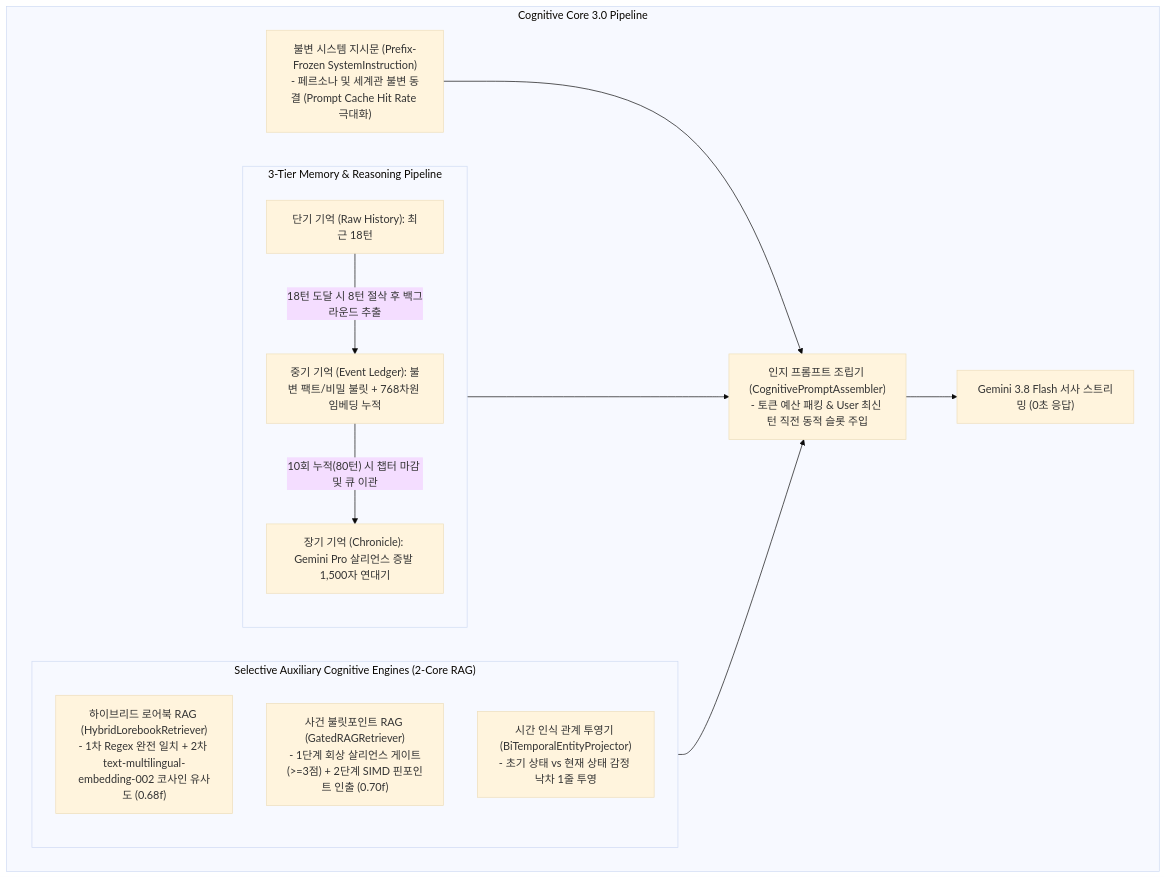
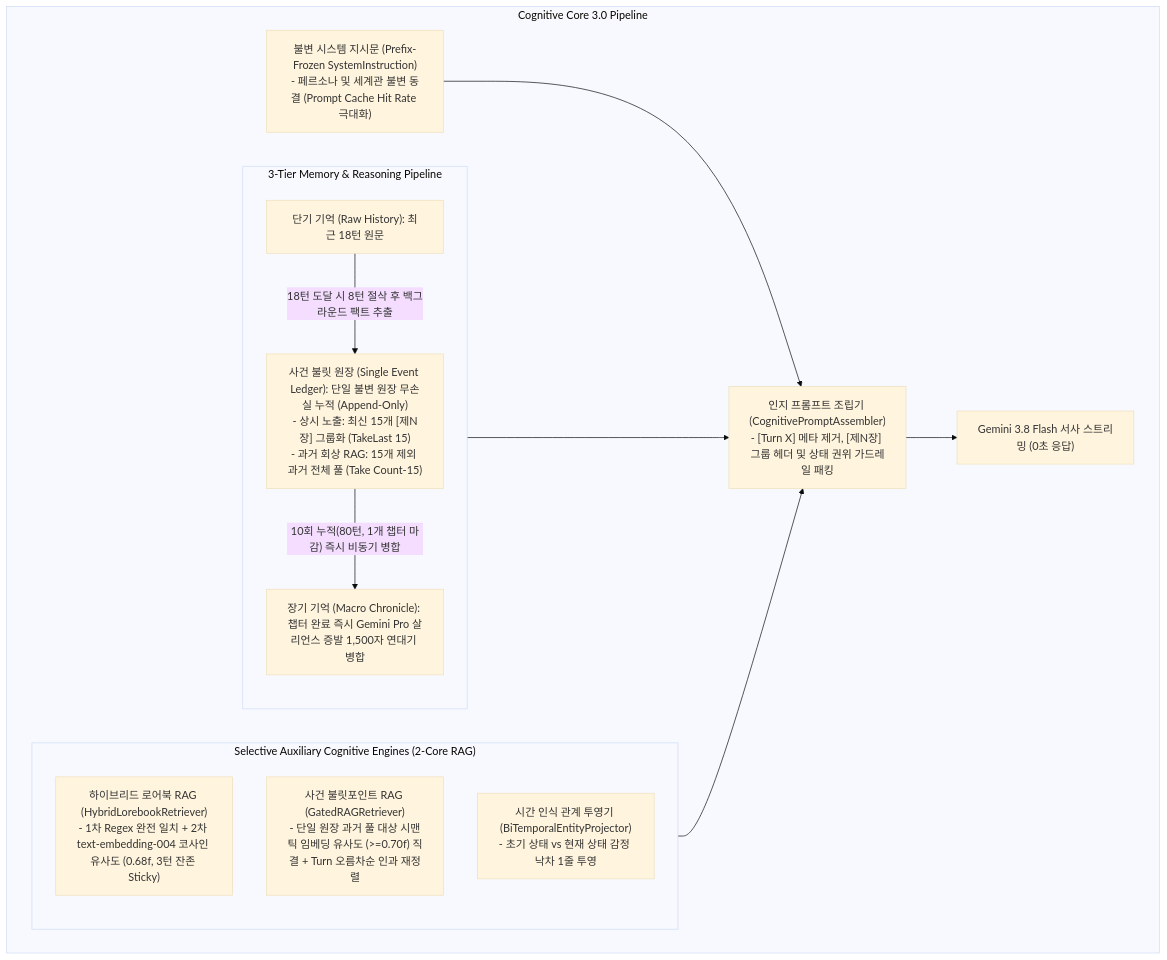
Before and after one commit to jin20203458/Obsidian.Agent: the first of 3 diagrams in GRC/docs/01_grc_architecture.md, drawn with Mermaid (base theme). The commit also changed other lines of this file and 2 other files, not shown here.

````diff
--- a/GRC/docs/01_grc_architecture.md
+++ b/GRC/docs/01_grc_architecture.md
@@ -27,28 +27,28 @@
 ```mermaid
 flowchart TB
     subgraph COGNITIVE_CORE ["Cognitive Core 3.0 Pipeline"]
         SYS["불변 시스템 지시문 (Prefix-Frozen SystemInstruction)<br>- 페르소나 및 세계관 불변 동결 (Prompt Cache Hit Rate 극대화)"]
         
         subgraph TIERS ["3-Tier Memory & Reasoning Pipeline"]
-            M1["단기 기억 (Raw History): 최근 18턴"]
-            M2["중기 기억 (Event Ledger): 불변 팩트/비밀 불릿 + 768차원 임베딩 누적"]
-            M3["장기 기억 (Chronicle): Gemini Pro 살리언스 증발 1,500자 연대기"]
+            M1["단기 기억 (Raw History): 최근 18턴 원문"]
+            M2["사건 불릿 원장 (Single Event Ledger): 단일 불변 원장 무손실 누적 (Append-Only)<br>- 상시 노출: 최신 15개 [제N장] 그룹화 (TakeLast 15)<br>- 과거 회상 RAG: 15개 제외 과거 전체 풀 (Take Count-15)"]
+            M3["장기 기억 (Macro Chronicle): 챕터 완료 즉시 Gemini Pro 살리언스 증발 1,500자 연대기 병합"]
             
-            M1 -->|"18턴 도달 시 8턴 절삭 후 백그라운드 추출"| M2
-            M2 -->|"10회 누적(80턴) 시 챕터 마감 및 큐 이관"| M3
+            M1 -->|"18턴 도달 시 8턴 절삭 후 백그라운드 팩트 추출"| M2
+            M2 -->|"10회 누적(80턴, 1개 챕터 마감) 즉시 비동기 병합"| M3
         end
         
         subgraph AUXILIARY ["Selective Auxiliary Cognitive Engines (2-Core RAG)"]
-            HL["하이브리드 로어북 RAG (HybridLorebookRetriever)<br>- 1차 Regex 완전 일치 + 2차 text-multilingual-embedding-002 코사인 유사도 (0.68f)"]
-            GR["사건 불릿포인트 RAG (GatedRAGRetriever)<br>- 1단계 회상 살리언스 게이트(>=3점) + 2단계 SIMD 핀포인트 인출 (0.70f)"]
+            HL["하이브리드 로어북 RAG (HybridLorebookRetriever)<br>- 1차 Regex 완전 일치 + 2차 text-embedding-004 코사인 유사도 (0.68f, 3턴 잔존 Sticky)"]
+            GR["사건 불릿포인트 RAG (GatedRAGRetriever)<br>- 단일 원장 과거 풀 대상 시맨틱 임베딩 유사도 (>=0.70f) 직결 + Turn 오름차순 인과 재정렬"]
             BP["시간 인식 관계 투영기 (BiTemporalEntityProjector)<br>- 초기 상태 vs 현재 상태 감정 낙차 1줄 투영"]
         end
         
-        ASSEMBLER["인지 프롬프트 조립기 (CognitivePromptAssembler)<br>- 토큰 예산 패킹 & User 최신 턴 직전 동적 슬롯 주입"]
+        ASSEMBLER["인지 프롬프트 조립기 (CognitivePromptAssembler)<br>- [Turn X] 메타 제거, [제N장] 그룹 헤더 및 상태 권위 가드레일 패킹"]
         
         SYS --> ASSEMBLER
         TIERS --> ASSEMBLER
         AUXILIARY --> ASSEMBLER
         ASSEMBLER --> LLM["Gemini 3.8 Flash 서사 스트리밍 (0초 응답)"]
     end
 ```
````
